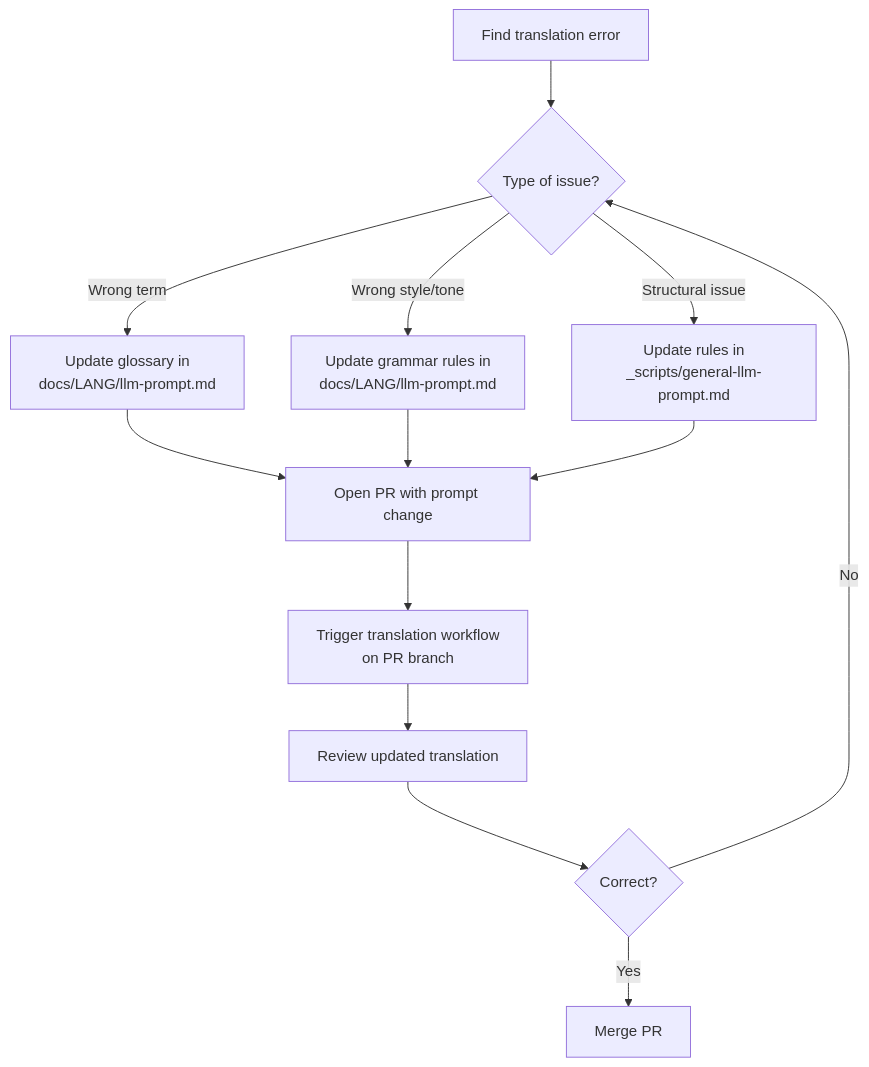
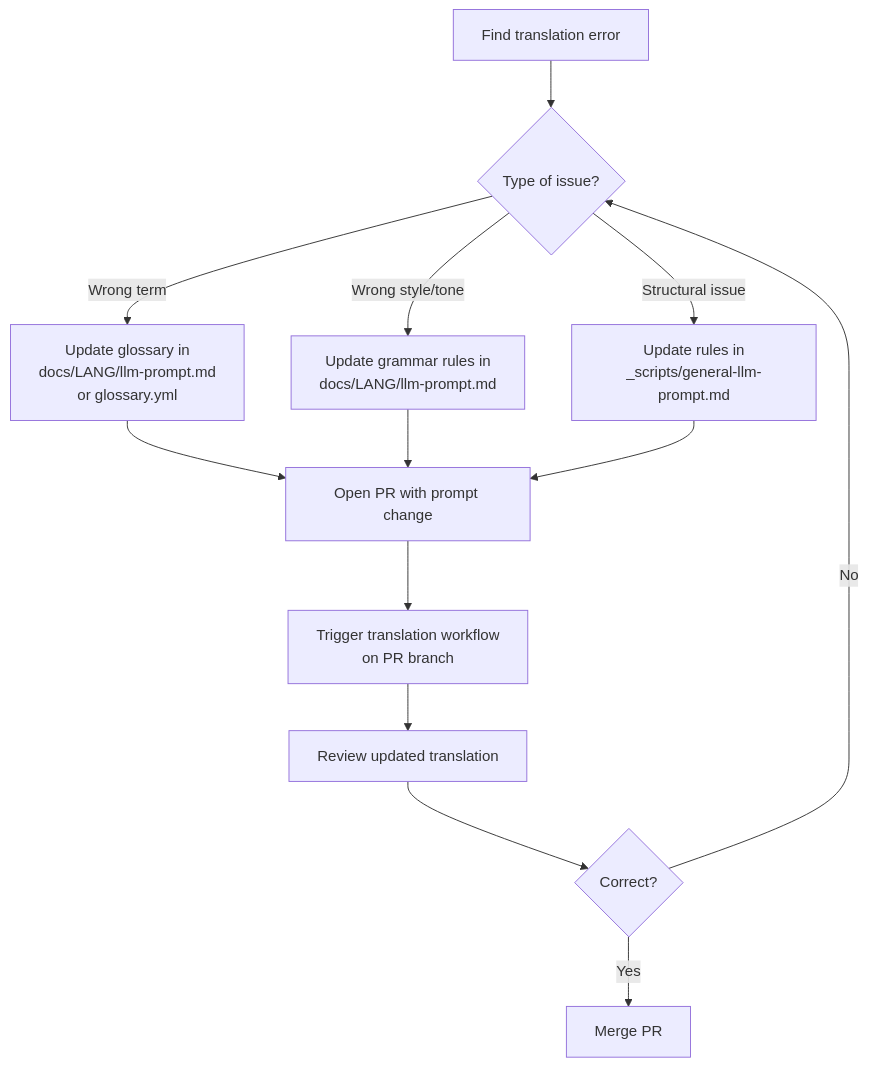
One commit to abladon/training changed the first of 3 diagrams in TRANSLATING.md. Above: the diagram before and after it, drawn with Mermaid. The commit also changed other lines of this file and 29 other files, not shown here.

````diff
--- a/TRANSLATING.md
+++ b/TRANSLATING.md
@@ -38,15 +38,15 @@
 ```mermaid
 flowchart TD
     A[Find translation error] --> B{Type of issue?}
-    B -->|Wrong term| C[Update glossary in<br>docs/LANG/llm-prompt.md]
+    B -->|Wrong term| C[Update glossary in<br>docs/LANG/llm-prompt.md<br>or glossary.yml]
     B -->|Wrong style/tone| D[Update grammar rules in<br>docs/LANG/llm-prompt.md]
     B -->|Structural issue| E[Update rules in<br>_scripts/general-llm-prompt.md]
     C --> F[Open PR with prompt change]
     D --> F
     E --> F
     F --> G[Trigger translation workflow<br>on PR branch]
     G --> H[Review updated translation]
     H --> I{Correct?}
     I -->|Yes| J[Merge PR]
     I -->|No| B
 ```
````
